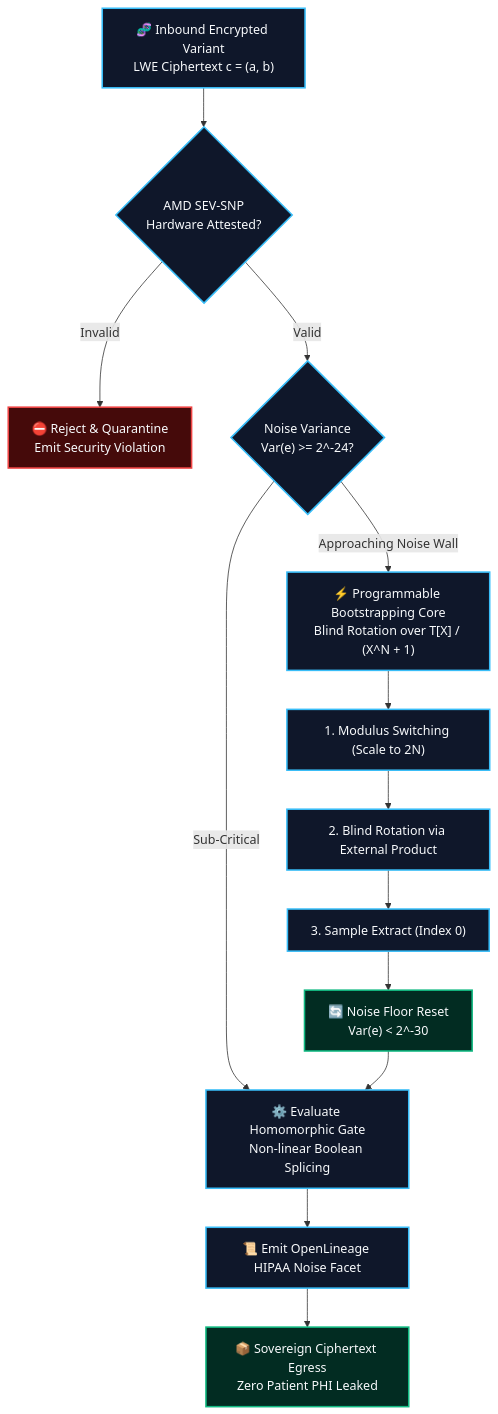
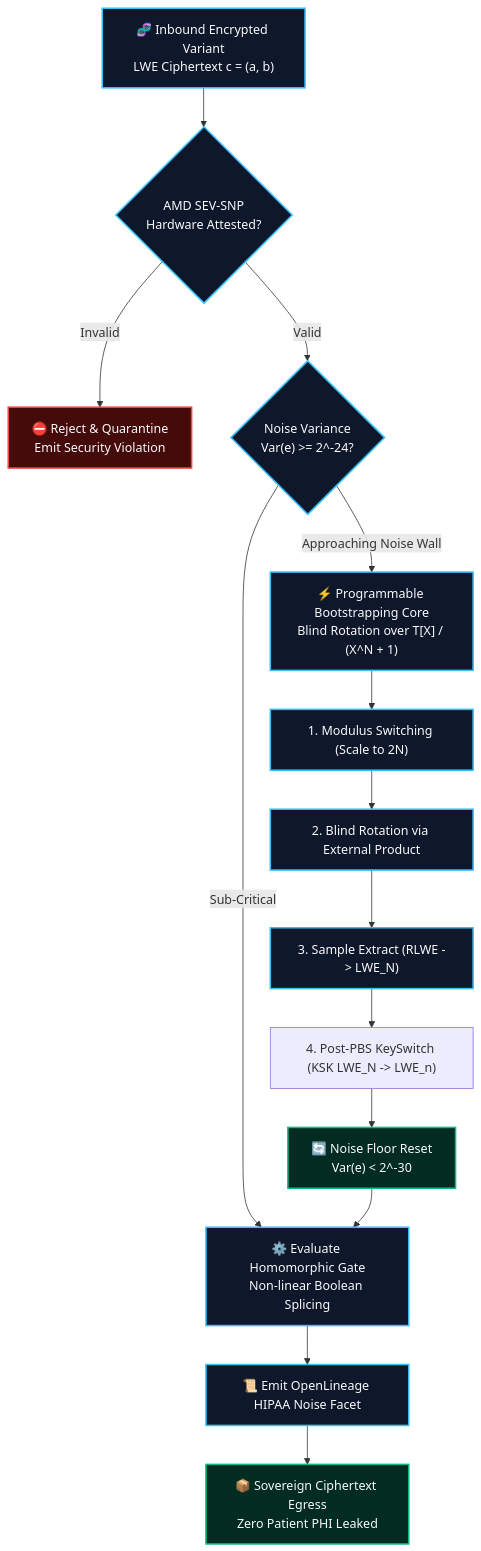
One commit to Amit1092tiwari/hyperscale-system-blueprints changed the second of 2 diagrams in scripts/catalog/blueprint_D8.md. Above: the diagram before and after it, drawn with Mermaid. The commit also changed other lines of this file and 2 other files, not shown here.

Commit message:
docs(tfhe): document sample extraction simulation bridge and post-PBS keyswitch transition

````diff
--- a/scripts/catalog/blueprint_D8.md
+++ b/scripts/catalog/blueprint_D8.md
@@ -148,25 +152,26 @@
 ```mermaid
 flowchart TD
     Ingress["🧬 Inbound Encrypted Variant<br/>LWE Ciphertext c = (a, b)"] --> AttestCheck{"AMD SEV-SNP<br/>Hardware Attested?"}
     AttestCheck -- "Invalid" --> AbortSec["⛔ Reject & Quarantine<br/>Emit Security Violation"]
     AttestCheck -- "Valid" --> NoiseCheck{"Noise Variance<br/>Var(e) >= 2^-24?"}
     
     NoiseCheck -- "Sub-Critical" --> EvalGate["⚙️ Evaluate Homomorphic Gate<br/>Non-linear Boolean Splicing"]
     NoiseCheck -- "Approaching Noise Wall" --> PBS["⚡ Programmable Bootstrapping Core<br/>Blind Rotation over T[X] / (X^N + 1)"]
     
     PBS --> ModSwitch["1. Modulus Switching (Scale to 2N)"]
     ModSwitch --> BlindRot["2. Blind Rotation via External Product"]
-    BlindRot --> SampleExt["3. Sample Extract (Index 0)"]
-    SampleExt --> NoiseReset["🔄 Noise Floor Reset<br/>Var(e) < 2^-30"]
+    BlindRot --> SampleExt["3. Sample Extract (RLWE -> LWE_N)"]
+    SampleExt --> KeySwitch["4. Post-PBS KeySwitch (KSK LWE_N -> LWE_n)"]
+    KeySwitch --> NoiseReset["🔄 Noise Floor Reset<br/>Var(e) < 2^-30"]
     NoiseReset --> EvalGate
     
     EvalGate --> LineageEmit["📜 Emit OpenLineage HIPAA Noise Facet"]
     LineageEmit --> EgressOut["📦 Sovereign Ciphertext Egress<br/>Zero Patient PHI Leaked"]
 
     classDef danger fill:#450a0a,stroke:#ef4444,stroke-width:2px,color:#f8fafc;
     classDef comp fill:#0f172a,stroke:#38bdf8,stroke-width:2px,color:#f8fafc;
     classDef safe fill:#022c22,stroke:#10b981,stroke-width:2px,color:#f8fafc;
     class AbortSec danger;
     class Ingress,AttestCheck,NoiseCheck,PBS,ModSwitch,BlindRot,SampleExt,EvalGate,LineageEmit comp;
     class NoiseReset,EgressOut safe;
 ```
````
